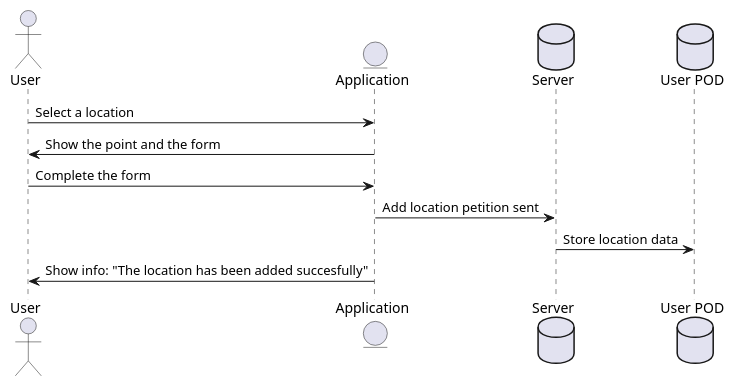
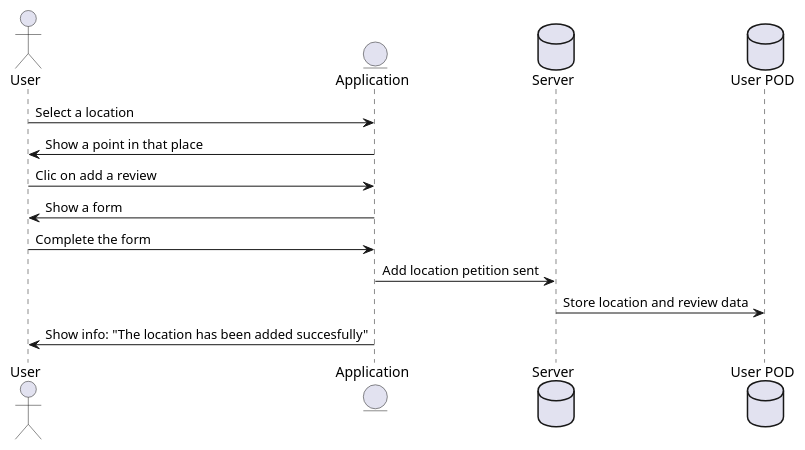
The second of 3 diagrams in docs/06_runtime_view.adoc (Arquisoft/lomap_es1a), drawn with PlantUML before and after one commit. The commit also changed other lines of this file, not shown here.

```diff
--- a/docs/06_runtime_view.adoc
+++ b/docs/06_runtime_view.adoc
@@ -33,13 +24,15 @@
 [plantuml,"Adding location diagram",png] 
 ---- 
 actor User as "User"
 entity Application as "Application"
 database Server as "Server"
 database Pod as "User POD"
 User -> Application: Select a location 
-Application -> User: Show the point and the form
+Application-> User: Show a point in that place
+User -> Application: Clic on add a review
+Application -> User: Show a form
 User -> Application: Complete the form
 Application -> Server: Add location petition sent
-Server -> Pod: Store location data
+Server -> Pod: Store location and review data
 Application -> User: Show info: "The location has been added succesfully"
 ---- 
```
